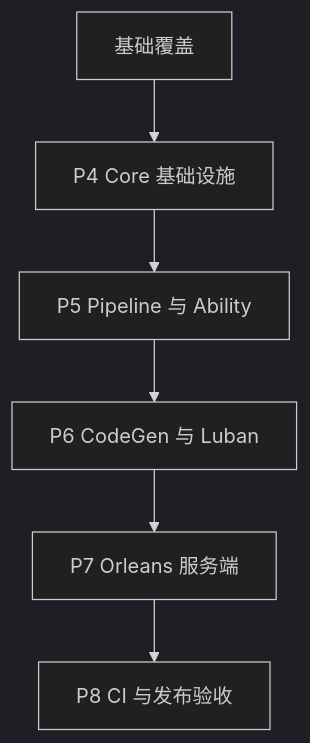
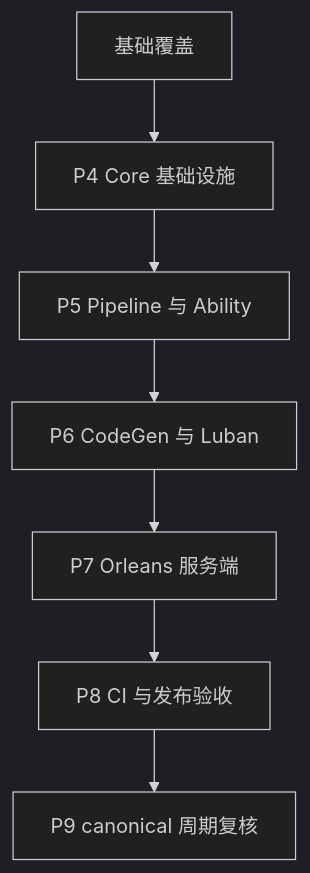
One commit to Kurumioi/AbilityKit changed the fourth of 7 diagrams in Docs/design/11-DocumentationCompletionPlan.md. Above: the diagram before and after it, drawn with Mermaid (dark theme). The commit also changed other lines of this file and 881 other files, not shown here.

````diff
--- a/Docs/design/11-DocumentationCompletionPlan.md
+++ b/Docs/design/11-DocumentationCompletionPlan.md
@@ -260,8 +276,9 @@
 ```mermaid
 flowchart TD
     Coverage[基础覆盖] --> Core[P4 Core 基础设施]
     Core --> Ability[P5 Pipeline 与 Ability]
     Ability --> Data[P6 CodeGen 与 Luban]
     Data --> Server[P7 Orleans 服务端]
     Server --> Release[P8 CI 与发布验收]
+    Release --> Review[P9 canonical 周期复核]
 ```
````
